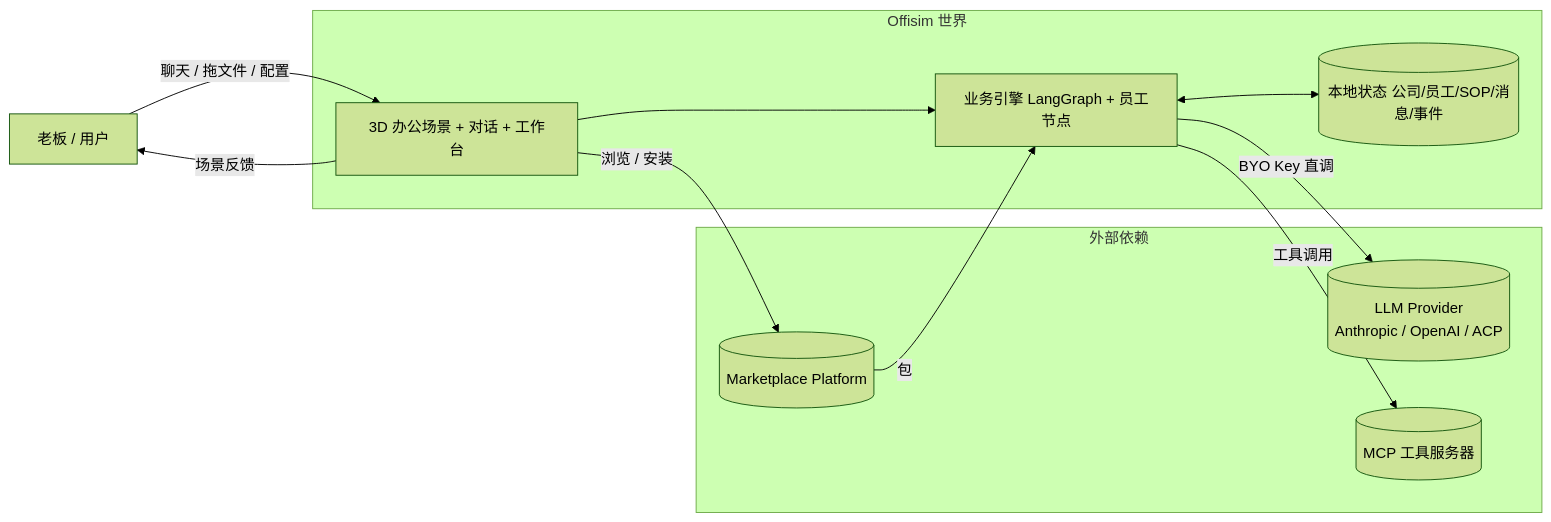
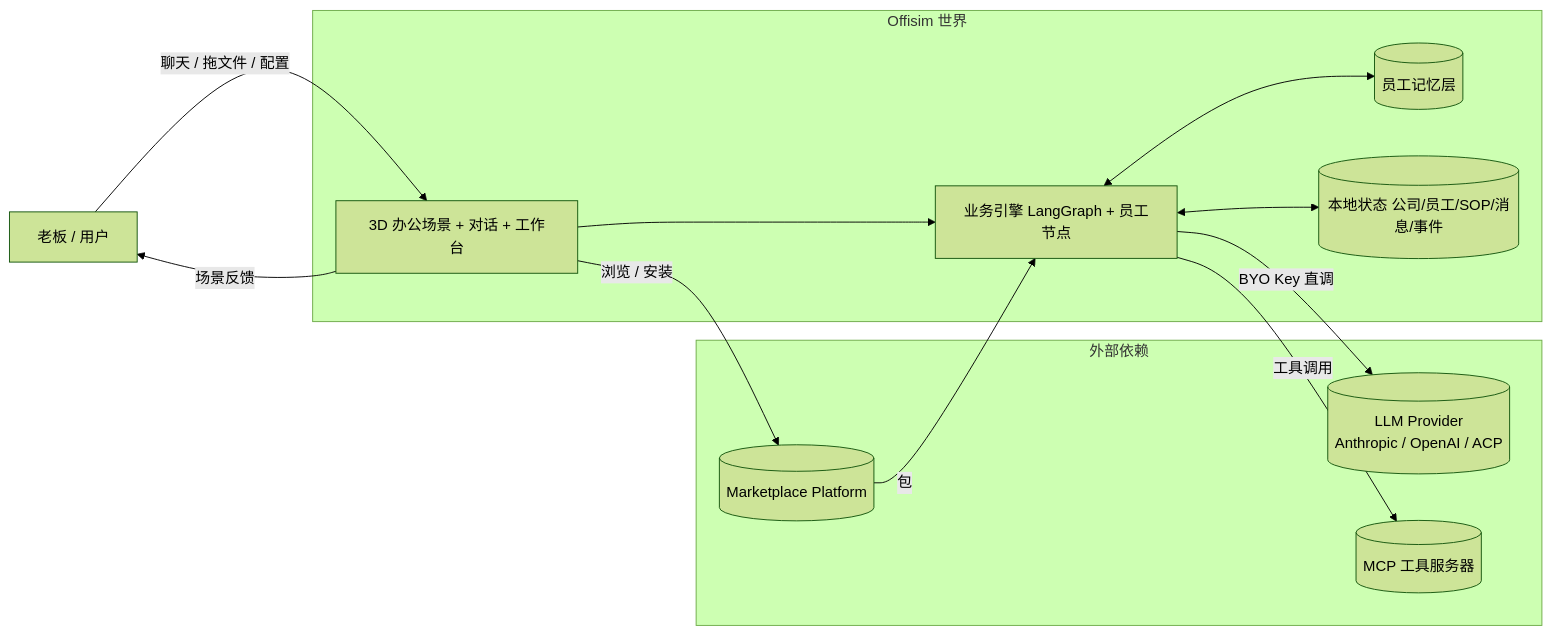
The first of 7 diagrams in Docs/business-logic-map.md (mike007jd/Offisim), drawn with Mermaid (forest theme) before and after one commit. The commit also changed other lines of this file, not shown here.

````diff
--- a/Docs/business-logic-map.md
+++ b/Docs/business-logic-map.md
@@ -23,23 +24,25 @@
 ```mermaid
 graph LR
   User[老板 / 用户]
   subgraph World[Offisim 世界]
     UI[3D 办公场景 + 对话 + 工作台]
     Engine[业务引擎 LangGraph + 员工节点]
+    Memory[(员工记忆层)]
     Store[(本地状态 公司/员工/SOP/消息/事件)]
   end
   subgraph External[外部依赖]
     LLM[(LLM Provider<br/>Anthropic / OpenAI / ACP)]
     MCP[(MCP 工具服务器)]
     Market[(Marketplace Platform)]
   end
 
   User -->|聊天 / 拖文件 / 配置| UI
   UI --> Engine
   Engine <--> Store
+  Engine <--> Memory
   Engine -->|BYO Key 直调| LLM
   Engine -->|工具调用| MCP
   UI -->|浏览 / 安装| Market
   Market -->|包| Engine
   UI -->|场景反馈| User
 ```
````
